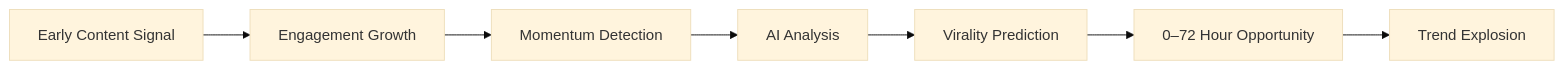
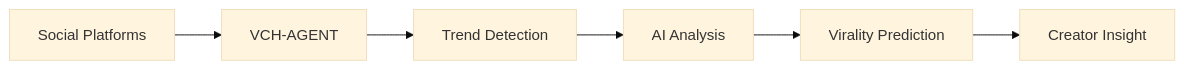
Before and after one commit to ajeem-suban/VCH-AGENT: the first of 2 diagrams in README.md, drawn with Mermaid (base theme). The commit also changed other lines of this file, not shown here.

Commit message:
Improve README with Mermaid architecture diagrams

````diff
--- a/README.md
+++ b/README.md
@@ -102,17 +51,8 @@
 ```mermaid
 flowchart LR
-    A["Early Content Signal"]
-    B["Engagement Growth"]
-    C["Momentum Detection"]
-    D["AI Analysis"]
-    E["Virality Prediction"]
-    F["0–72 Hour Opportunity"]
-    G["Trend Explosion"]
-
-    A --> B
-    B --> C
-    C --> D
-    D --> E
-    E --> F
-    F --> G
+    A["Social Platforms"] --> B["VCH-AGENT"]
+    B --> C["Trend Detection"]
+    C --> D["AI Analysis"]
+    D --> E["Virality Prediction"]
+    E --> F["Creator Insight"]
 ```
````
